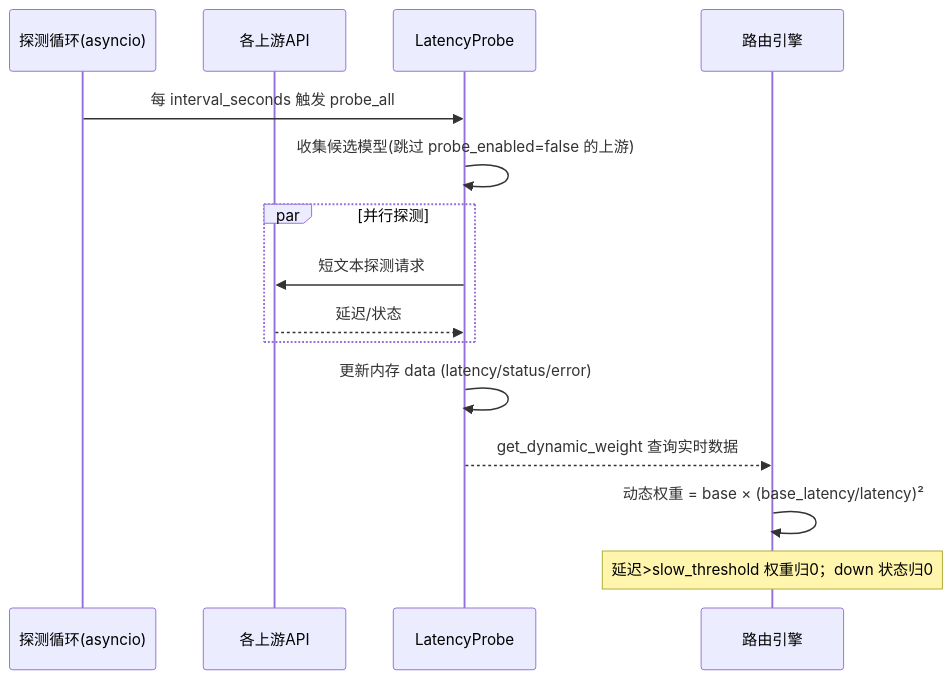
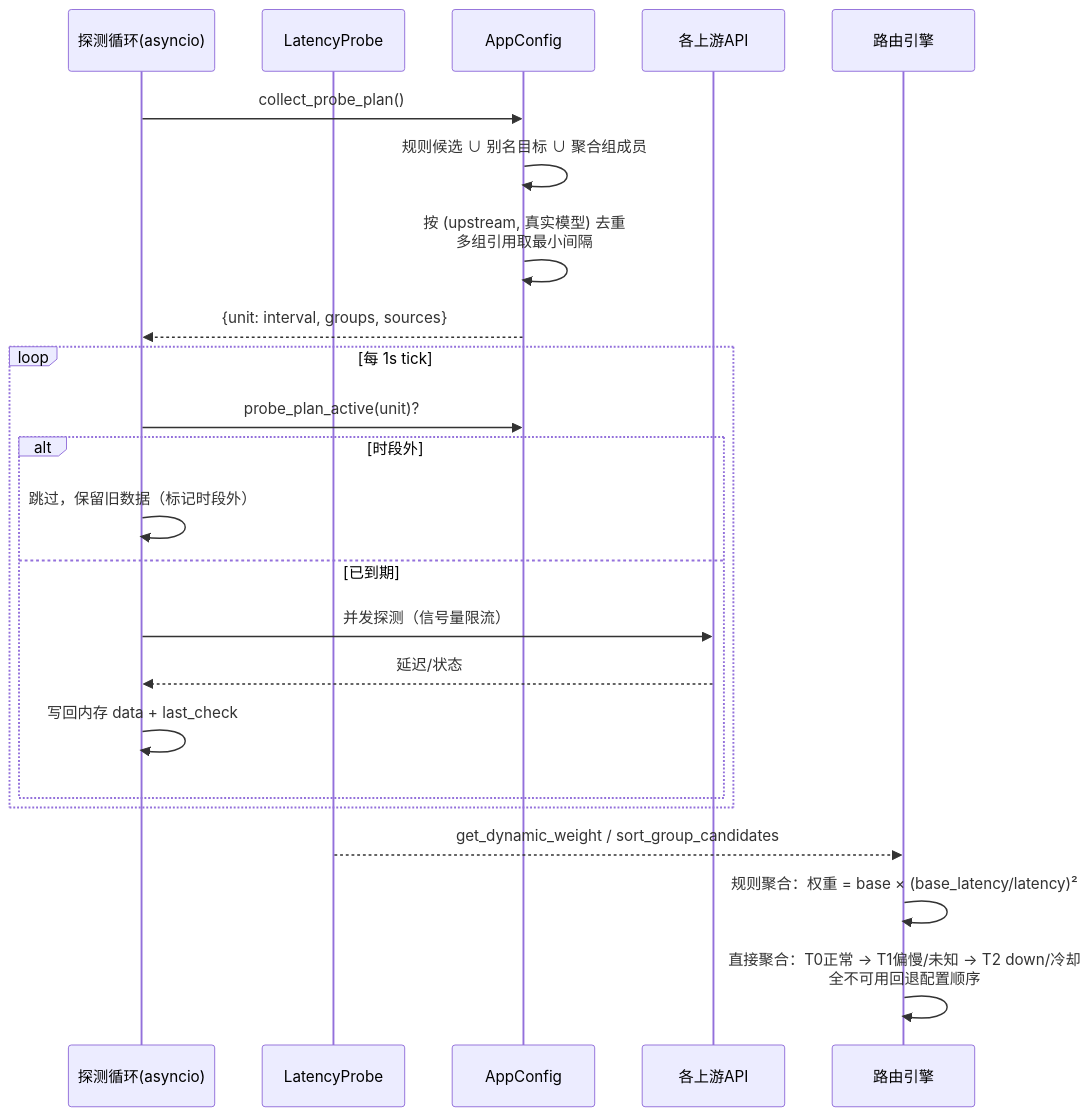
One commit to 66wjz/smart_router changed the second of 4 diagrams in docs/系统核心流程.md. Above: the diagram before and after it, drawn with Mermaid. The commit also changed other lines of this file and 35 other files, not shown here.

````diff
--- a/docs/系统核心流程.md
+++ b/docs/系统核心流程.md
@@ -66,18 +66,26 @@
 ```mermaid
 sequenceDiagram
     participant T as 探测循环(asyncio)
+    participant P as LatencyProbe
+    participant C as AppConfig
     participant U as 各上游API
-    participant P as LatencyProbe
     participant E as 路由引擎
 
-    T->>P: 每 interval_seconds 触发 probe_all
-    P->>P: 收集候选模型(跳过 probe_enabled=false 的上游)
-    par 并行探测
-        P->>U: 短文本探测请求
-        U-->>P: 延迟/状态
+    T->>C: collect_probe_plan()
+    C->>C: 规则候选 ∪ 别名目标 ∪ 聚合组成员
+    C->>C: 按 (upstream, 真实模型) 去重<br/>多组引用取最小间隔
+    C-->>T: {unit: interval, groups, sources}
+    loop 每 1s tick
+        T->>C: probe_plan_active(unit)?
+        alt 时段外
+            T->>T: 跳过，保留旧数据（标记时段外）
+        else 已到期
+            T->>U: 并发探测（信号量限流）
+            U-->>T: 延迟/状态
+            T->>T: 写回内存 data + last_check
+        end
     end
-    P->>P: 更新内存 data (latency/status/error)
-    P-->>E: get_dynamic_weight 查询实时数据
-    E->>E: 动态权重 = base × (base_latency/latency)²
-    Note over E: 延迟>slow_threshold 权重归0；down 状态归0
+    P-->>E: get_dynamic_weight / sort_group_candidates
+    E->>E: 规则聚合：权重 = base × (base_latency/latency)²
+    E->>E: 直接聚合：T0正常 → T1偏慢/未知 → T2 down/冷却<br/>全不可用回退配置顺序
 ```
````
